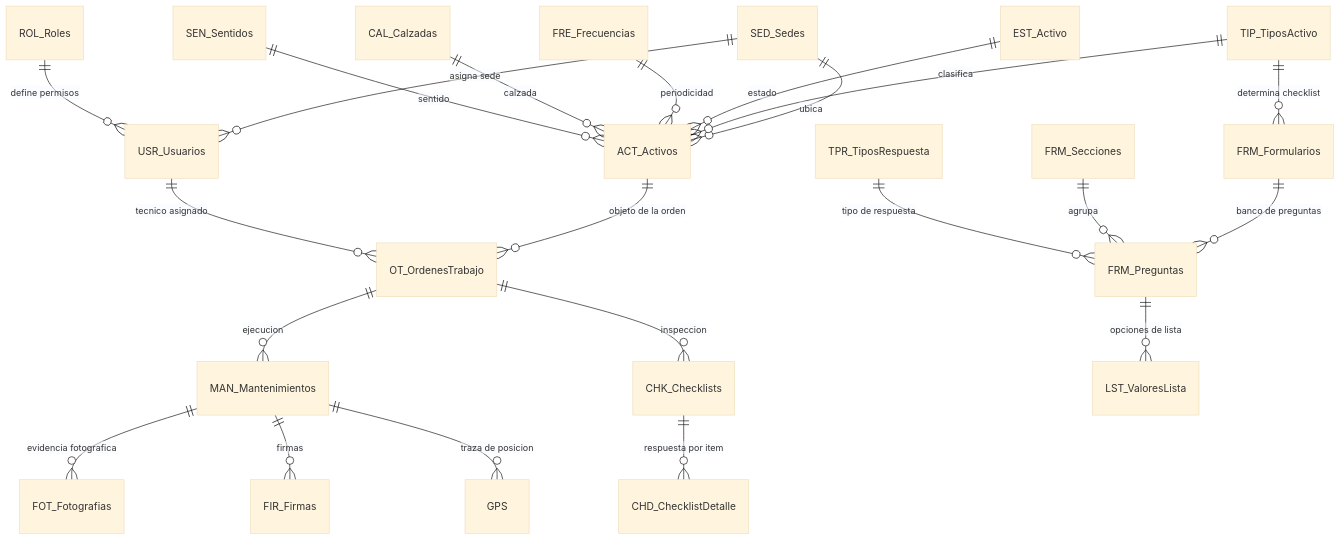
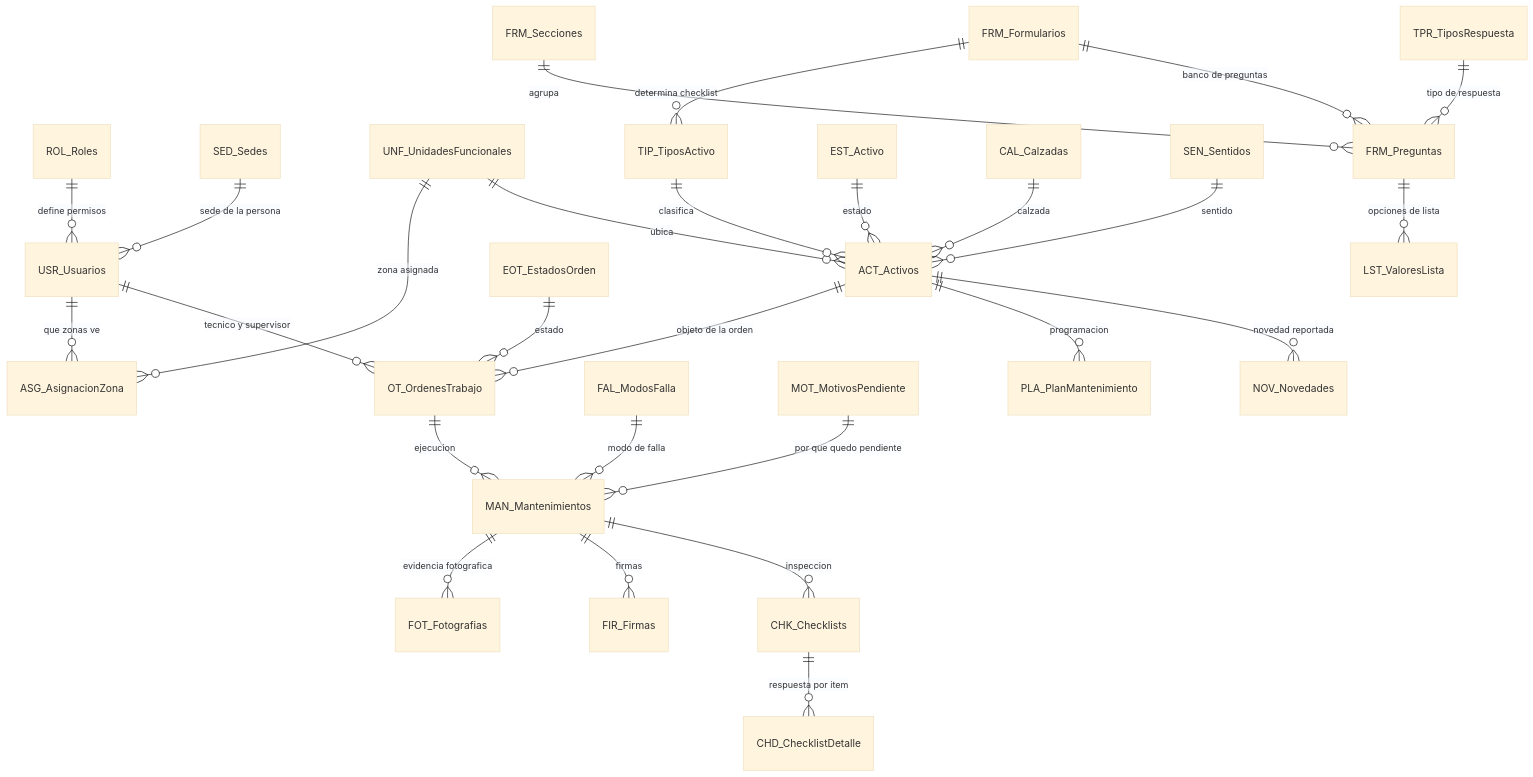
One commit to dieleoz/SGMC changed the second of 2 diagrams in README.md. Above: the diagram before and after it, drawn with Mermaid (base theme). The commit also changed other lines of this file and 52 other files, not shown here.

````diff
--- a/README.md
+++ b/README.md
@@ -119,27 +132,34 @@
 ```mermaid
 erDiagram
-    SED_Sedes ||--o{ USR_Usuarios : "asigna sede"
     ROL_Roles ||--o{ USR_Usuarios : "define permisos"
-    SED_Sedes ||--o{ ACT_Activos : "ubica"
+    SED_Sedes ||--o{ USR_Usuarios : "sede de la persona"
+    USR_Usuarios ||--o{ ASG_AsignacionZona : "que zonas ve"
+    UNF_UnidadesFuncionales ||--o{ ASG_AsignacionZona : "zona asignada"
+
+    UNF_UnidadesFuncionales ||--o{ ACT_Activos : "ubica"
     TIP_TiposActivo ||--o{ ACT_Activos : "clasifica"
-    TIP_TiposActivo ||--o{ FRM_Formularios : "determina checklist"
+    FRM_Formularios ||--o{ TIP_TiposActivo : "determina checklist"
     EST_Activo ||--o{ ACT_Activos : "estado"
-    FRE_Frecuencias ||--o{ ACT_Activos : "periodicidad"
     CAL_Calzadas ||--o{ ACT_Activos : "calzada"
     SEN_Sentidos ||--o{ ACT_Activos : "sentido"
 
     ACT_Activos ||--o{ OT_OrdenesTrabajo : "objeto de la orden"
-    USR_Usuarios ||--o{ OT_OrdenesTrabajo : "tecnico asignado"
+    USR_Usuarios ||--o{ OT_OrdenesTrabajo : "tecnico y supervisor"
+    EOT_EstadosOrden ||--o{ OT_OrdenesTrabajo : "estado"
     OT_OrdenesTrabajo ||--o{ MAN_Mantenimientos : "ejecucion"
-    OT_OrdenesTrabajo ||--o{ CHK_Checklists : "inspeccion"
+    FAL_ModosFalla ||--o{ MAN_Mantenimientos : "modo de falla"
+    MOT_MotivosPendiente ||--o{ MAN_Mantenimientos : "por que quedo pendiente"
 
     MAN_Mantenimientos ||--o{ FOT_Fotografias : "evidencia fotografica"
     MAN_Mantenimientos ||--o{ FIR_Firmas : "firmas"
-    MAN_Mantenimientos ||--o{ GPS : "traza de posicion"
+    MAN_Mantenimientos ||--o{ CHK_Checklists : "inspeccion"
     CHK_Checklists ||--o{ CHD_ChecklistDetalle : "respuesta por item"
+
+    ACT_Activos ||--o{ PLA_PlanMantenimiento : "programacion"
+    ACT_Activos ||--o{ NOV_Novedades : "novedad reportada"
 
     FRM_Formularios ||--o{ FRM_Preguntas : "banco de preguntas"
     FRM_Secciones ||--o{ FRM_Preguntas : "agrupa"
     TPR_TiposRespuesta ||--o{ FRM_Preguntas : "tipo de respuesta"
     FRM_Preguntas ||--o{ LST_ValoresLista : "opciones de lista"
 ```
````
